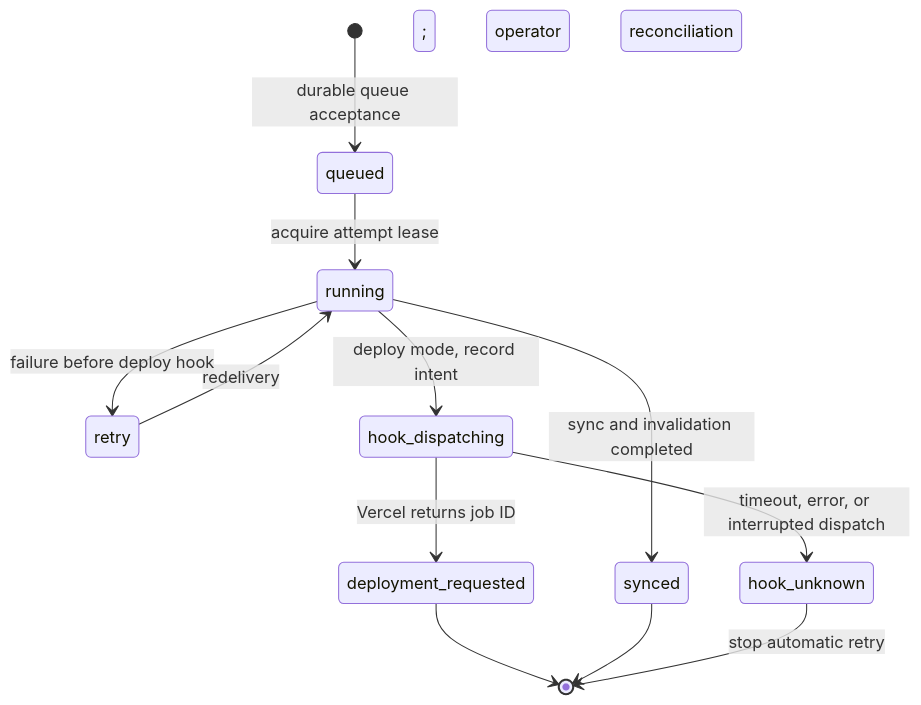
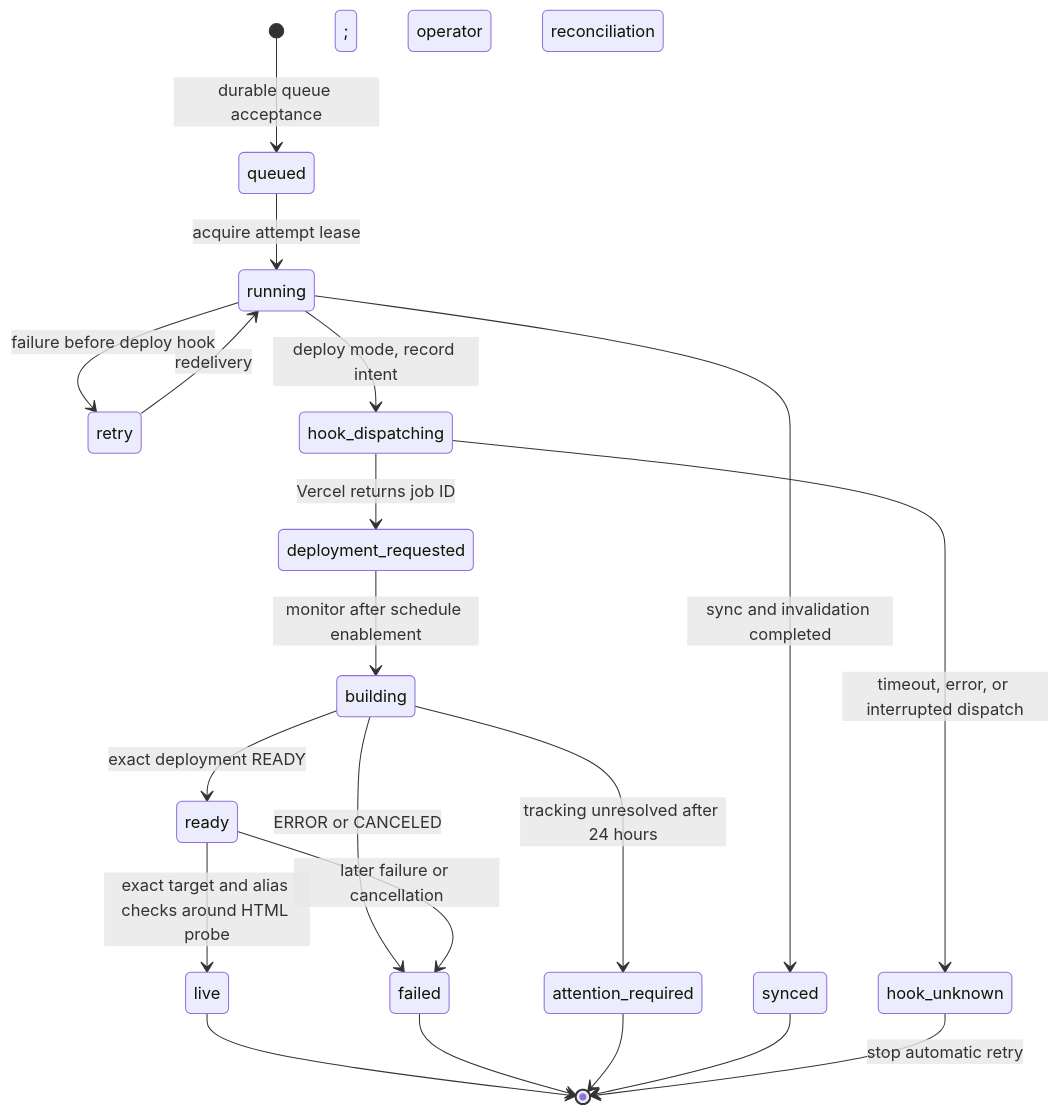
The fourth of 5 diagrams in docs/ARCHITECTURE.md (MONO-Advertising/mono-deployer), drawn with Mermaid before and after one commit. The commit also changed other lines of this file and 1 other file, not shown here.

Commit message:
Document publishing progress rollout and scoped tracking credentials

````diff
--- a/docs/ARCHITECTURE.md
+++ b/docs/ARCHITECTURE.md
@@ -153,14 +193,22 @@
 ```mermaid
 stateDiagram-v2
   [*] --> queued: durable queue acceptance
   queued --> running: acquire attempt lease
   retry --> running: redelivery
   running --> retry: failure before deploy hook
   running --> synced: sync and invalidation completed
   running --> hook_dispatching: deploy mode, record intent
   hook_dispatching --> deployment_requested: Vercel returns job ID
   hook_dispatching --> hook_unknown: timeout, error, or interrupted dispatch
-  deployment_requested --> [*]
+  deployment_requested --> building: monitor after schedule enablement
+  building --> ready: exact deployment READY
+  ready --> live: exact target and alias checks around HTML probe
+  building --> failed: ERROR or CANCELED
+  ready --> failed: later failure or cancellation
+  building --> attention_required: tracking unresolved after 24 hours
+  live --> [*]
+  failed --> [*]
+  attention_required --> [*]
   synced --> [*]
   hook_unknown --> [*]: stop automatic retry; operator reconciliation
 ```
````
